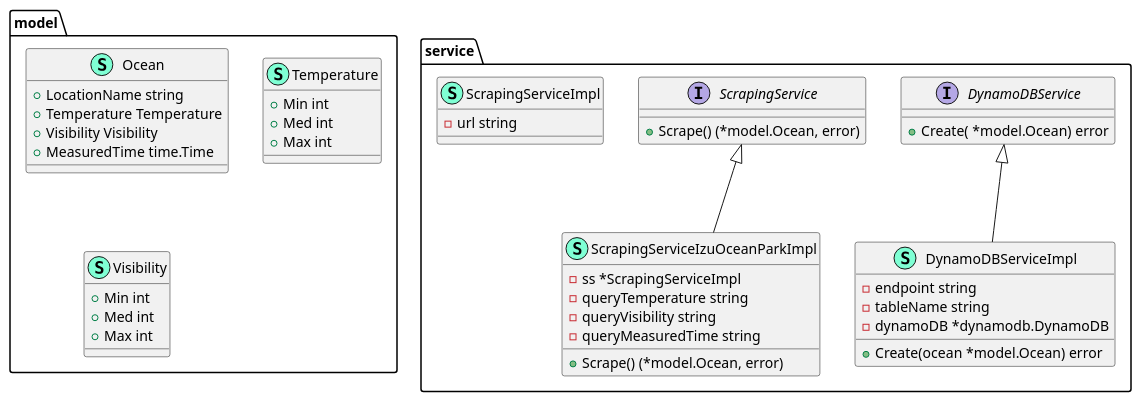
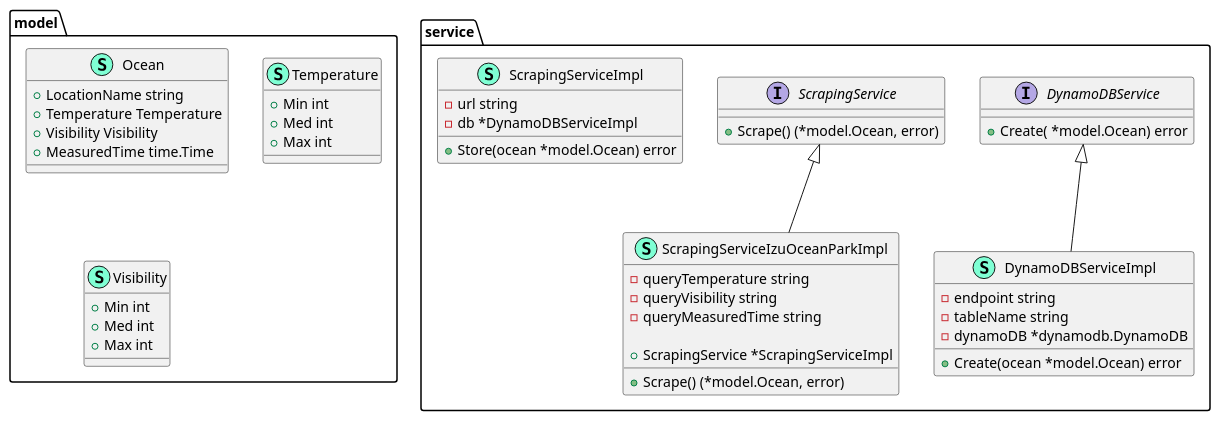
The diagram in docs/class.puml (t29mato/divers-ocean-map), drawn with PlantUML before and after one commit. The commit also changed 4 other files, not shown here.

```diff
--- a/docs/class.puml
+++ b/docs/class.puml
@@ -1,60 +1,64 @@
 @startuml
 namespace model {
     class Ocean << (S,Aquamarine) >> {
         + LocationName string
         + Temperature Temperature
         + Visibility Visibility
         + MeasuredTime time.Time
 
     }
     class Temperature << (S,Aquamarine) >> {
         + Min int
         + Med int
         + Max int
 
     }
     class Visibility << (S,Aquamarine) >> {
         + Min int
         + Med int
         + Max int
 
     }
 }
 
 
 namespace service {
     interface DynamoDBService  {
         + Create( *model.Ocean) error
 
     }
     class DynamoDBServiceImpl << (S,Aquamarine) >> {
         - endpoint string
         - tableName string
         - dynamoDB *dynamodb.DynamoDB
 
         + Create(ocean *model.Ocean) error
 
     }
     interface ScrapingService  {
         + Scrape() (*model.Ocean, error)
 
     }
     class ScrapingServiceImpl << (S,Aquamarine) >> {
         - url string
+        - db *DynamoDBServiceImpl
+
+        + Store(ocean *model.Ocean) error
 
     }
     class ScrapingServiceIzuOceanParkImpl << (S,Aquamarine) >> {
-        - ss *ScrapingServiceImpl
         - queryTemperature string
         - queryVisibility string
         - queryMeasuredTime string
+
+        + ScrapingService *ScrapingServiceImpl
 
         + Scrape() (*model.Ocean, error)
 
     }
 }
 
 "service.DynamoDBService" <|-- "service.DynamoDBServiceImpl"
 "service.ScrapingService" <|-- "service.ScrapingServiceIzuOceanParkImpl"
 
 @enduml
```
